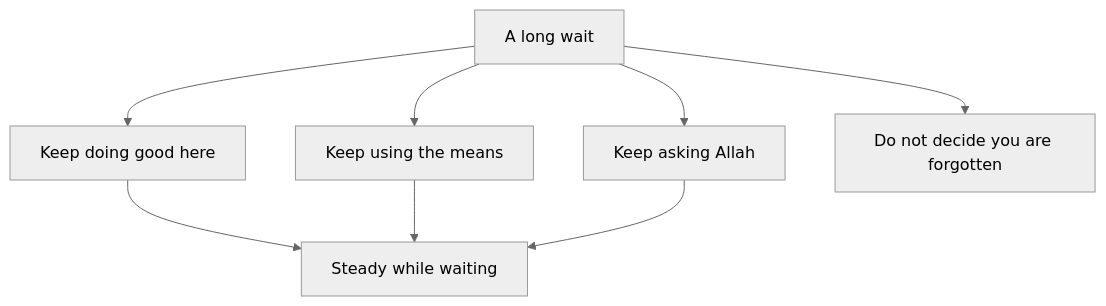
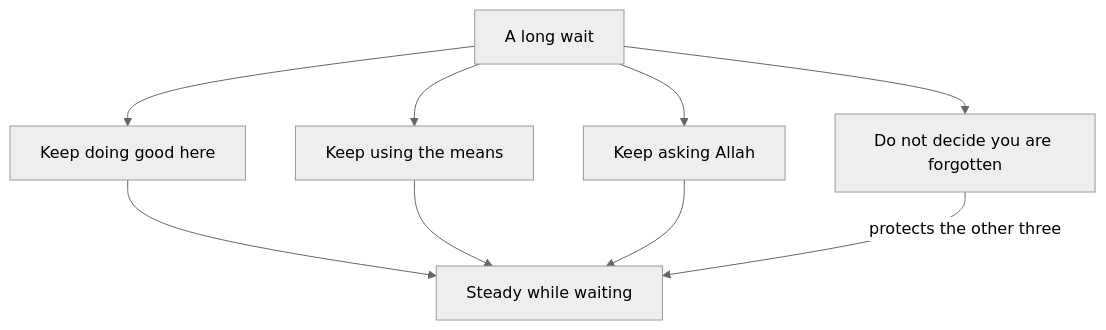
One commit to Muhammad-AnasKhan/Buildment changed the diagram in content/import/faith-and-resilience/03-sabr/03.04-waiting-well.md. Above: the diagram before and after it, drawn with Mermaid (neutral theme). The commit also changed other lines of this file and 19 other files, not shown here.

````diff
--- a/content/import/faith-and-resilience/03-sabr/03.04-waiting-well.md
+++ b/content/import/faith-and-resilience/03-sabr/03.04-waiting-well.md
@@ -104,10 +106,11 @@
 ```mermaid
 flowchart TD
   A["A long wait"] --> B["Keep doing good here"]
   A --> C["Keep using the means"]
   A --> D["Keep asking Allah"]
   A --> E["Do not decide you are forgotten"]
   B --> F["Steady while waiting"]
   C --> F
   D --> F
+  E -->|"protects the other three"| F
 ```
````
